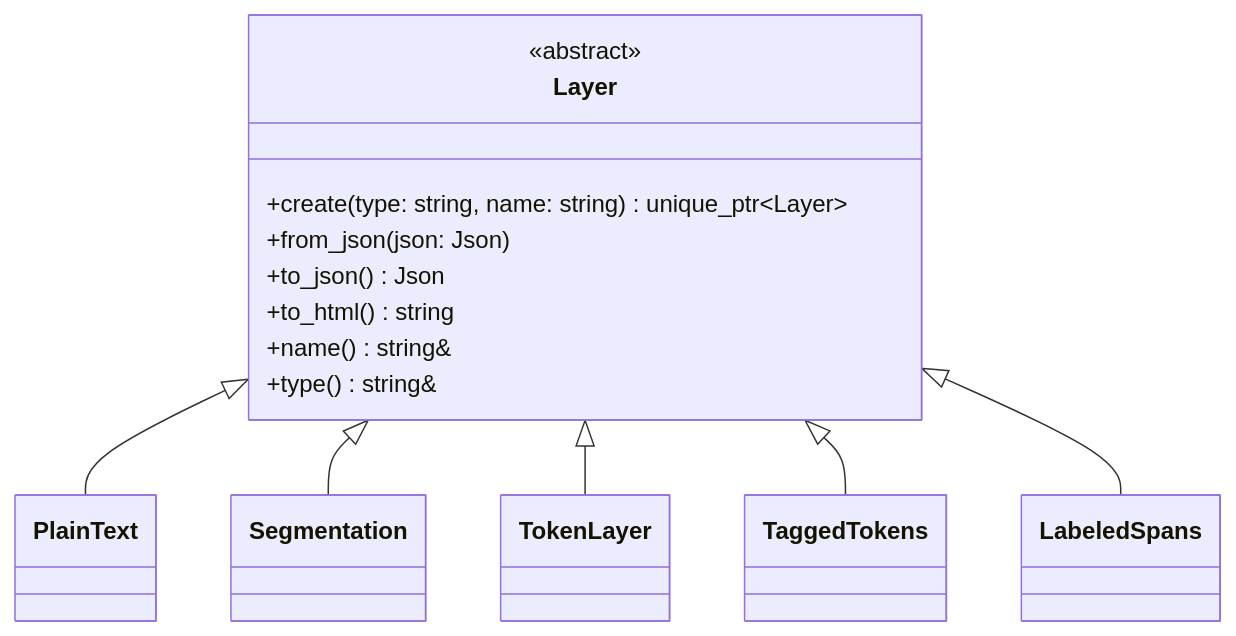
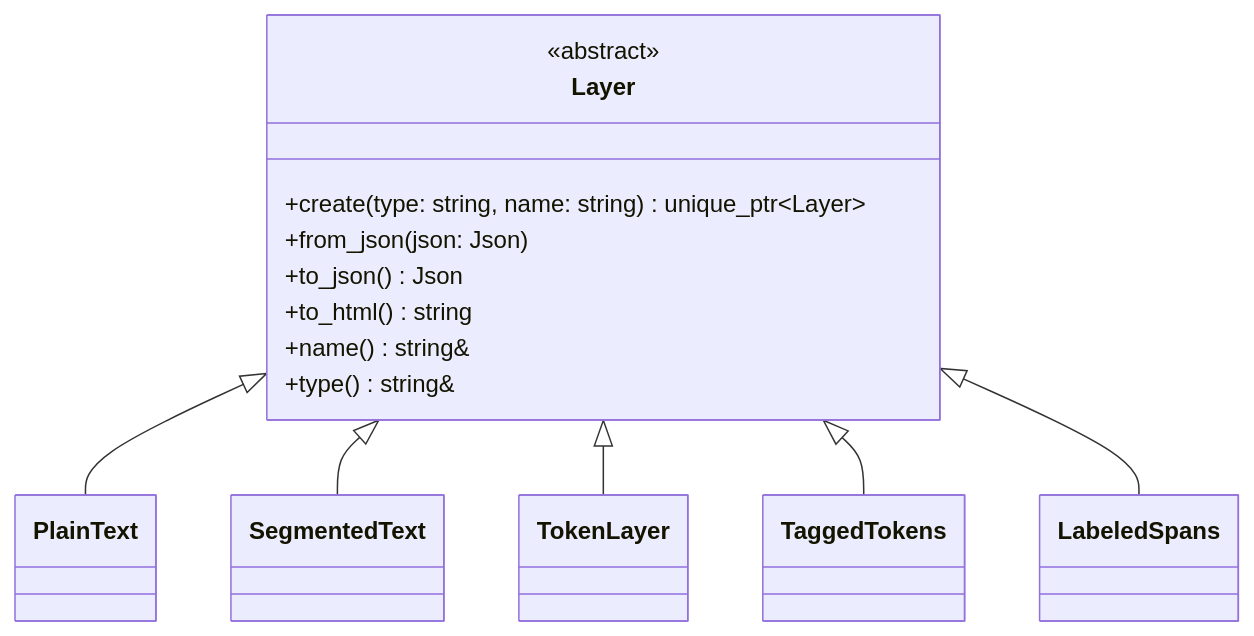
One commit to ufal/linpipe changed the second of 9 diagrams in docs/src/dev/architecture.md. Above: the diagram before and after it, drawn with Mermaid. The commit also changed other lines of this file and 1 other file, not shown here.

Commit message:
Segmentation and tokenization design as per meeting notes.

````diff
--- a/docs/src/dev/architecture.md
+++ b/docs/src/dev/architecture.md
@@ -121,24 +121,24 @@
 ```mermaid
 classDiagram
     class Layer {
         <<abstract>>
         +create(type: string, name: string) unique_ptr~Layer~
         +from_json(json: Json)
         +to_json() Json
         +to_html() string
         +name() string&
         +type() string&
     }
 
     class PlainText
-    class Segmentation
+    class SegmentedText
     class TokenLayer
     class TaggedTokens
     class LabeledSpans
 
     Layer <|-- PlainText
-    Layer <|-- Segmentation
+    Layer <|-- SegmentedText
     Layer <|-- TokenLayer
     Layer <|-- TaggedTokens
     Layer <|-- LabeledSpans
 ```
````
